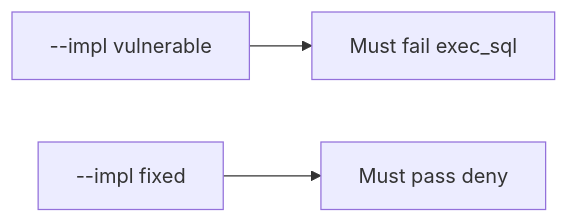
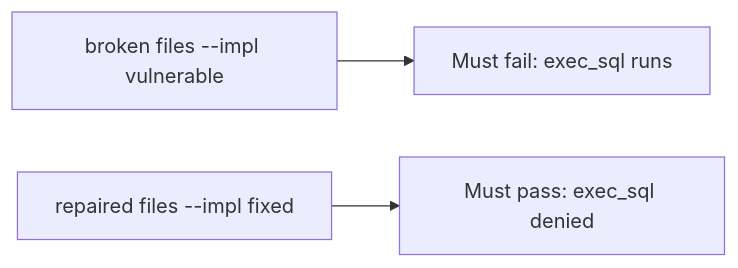
One commit to ishitvagoel/LearnSecurity changed the diagram in content/modules/e/E1/lessons/05-verify.md. Above: the diagram before and after it, drawn with Mermaid. The commit also changed other lines of this file and 55 other files, not shown here.

````diff
--- a/content/modules/e/E1/lessons/05-verify.md
+++ b/content/modules/e/E1/lessons/05-verify.md
@@ -15,5 +14,5 @@
 ```mermaid
 flowchart LR
-  V["--impl vulnerable"] --> F["Must fail exec_sql"]
-  X["--impl fixed"] --> P["Must pass deny"]
+  V["broken files --impl vulnerable"] --> F[Must fail: exec_sql runs]
+  X["repaired files --impl fixed"] --> P[Must pass: exec_sql denied]
 ```
````
